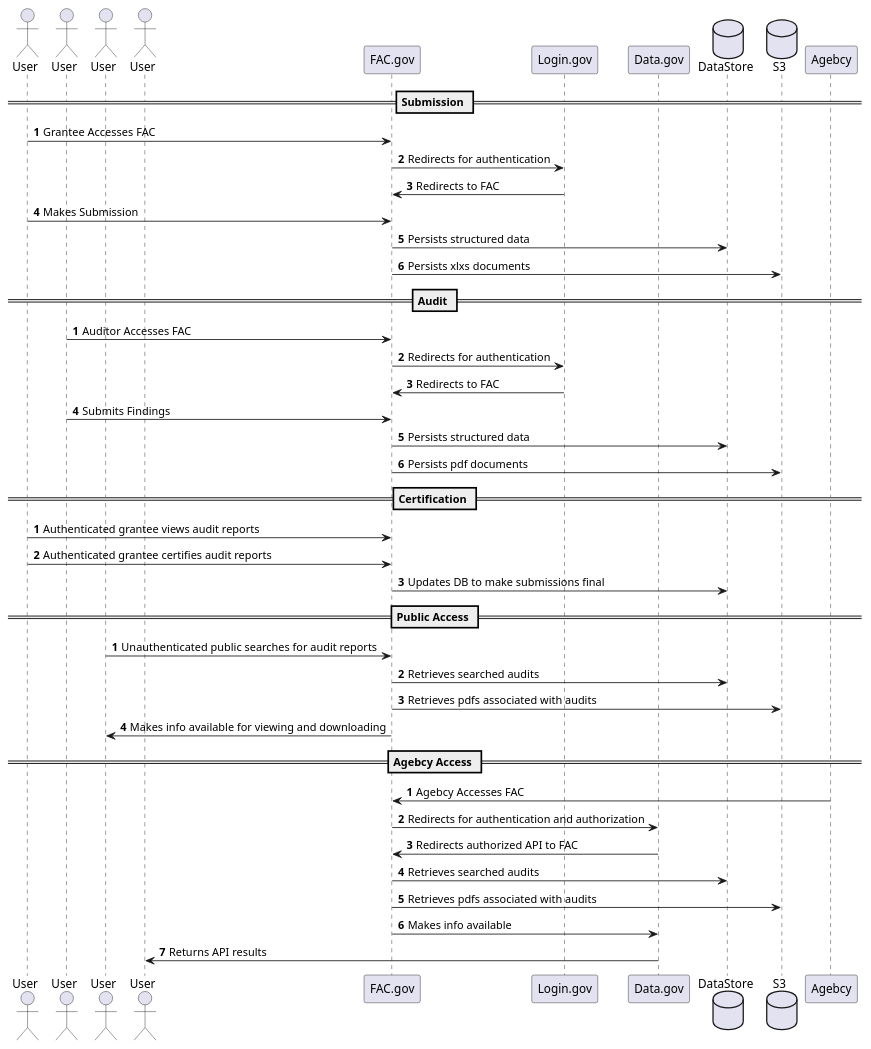
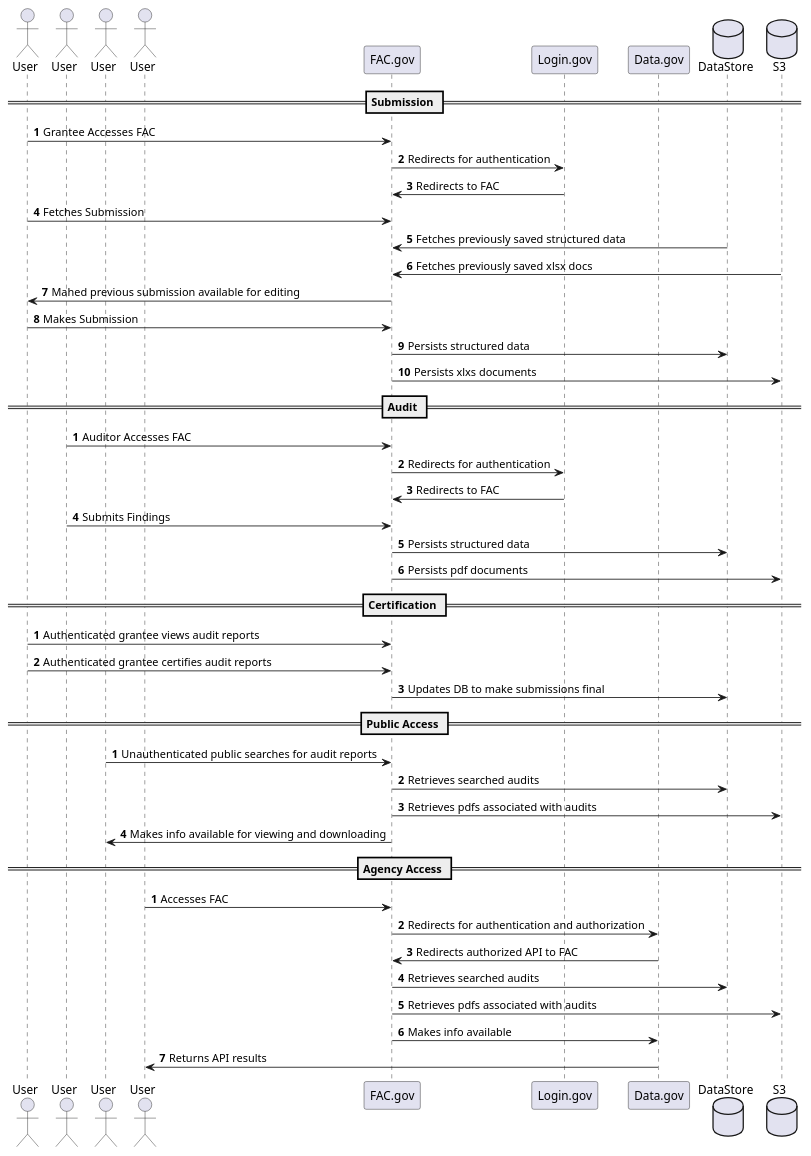
One commit to GSA-TTS/FAC changed the diagram in docs/architecture/diagrams/src/FAC_Sequence.puml. Above: the diagram before and after it, drawn with PlantUML. The commit also changed 6 other files, not shown here.

```diff
--- a/docs/architecture/diagrams/src/FAC_Sequence.puml
+++ b/docs/architecture/diagrams/src/FAC_Sequence.puml
@@ -1,57 +1,61 @@
 @startuml
 Actor User as Grantee
 Actor User as Auditor
 Actor User as Public
 Actor User as Agency
 
 Participant “FAC.gov” as FAC
 Participant “Login.gov” as LoginGov
 Participant “Data.gov” as DataGov
 
 Database “DataStore” as DB
 Database "S3" as S3
 
 autonumber 
 == Submission ==
 Grantee -> FAC : Grantee Accesses FAC
 FAC -> LoginGov : Redirects for authentication
 LoginGov -> FAC : Redirects to FAC
+Grantee -> FAC : Fetches Submission
+DB -> FAC : Fetches previously saved structured data
+S3 -> FAC : Fetches previously saved xlsx docs
+FAC -> Grantee : Mahed previous submission available for editing
 Grantee -> FAC : Makes Submission
 FAC -> DB : Persists structured data
 FAC -> S3 : Persists xlxs documents
 
 autonumber
 == Audit ==
 Auditor -> FAC : Auditor Accesses FAC
 FAC -> LoginGov : Redirects for authentication
 LoginGov -> FAC : Redirects to FAC
 Auditor -> FAC : Submits Findings
 FAC -> DB : Persists structured data
 FAC -> S3 : Persists pdf documents
 
 autonumber
 == Certification ==
 Grantee -> FAC : Authenticated grantee views audit reports
 Grantee -> FAC : Authenticated grantee certifies audit reports
 FAC -> DB : Updates DB to make submissions final
 
 autonumber
 == Public Access ==
 Public -> FAC : Unauthenticated public searches for audit reports
 FAC -> DB : Retrieves searched audits
 FAC -> S3 : Retrieves pdfs associated with audits
 FAC -> Public : Makes info available for viewing and downloading
 
 autonumber
-== Agebcy Access ==
-Agebcy -> FAC : Agebcy Accesses FAC
+== Agency Access ==
+Agency -> FAC :  Accesses FAC
 FAC -> DataGov : Redirects for authentication and authorization
 DataGov -> FAC : Redirects authorized API to FAC
 FAC -> DB : Retrieves searched audits
 FAC -> S3 : Retrieves pdfs associated with audits
 FAC -> DataGov : Makes info available
 DataGov -> Agency : Returns API results
 
 
 
 @enduml
```
